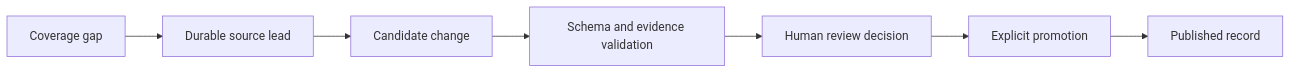
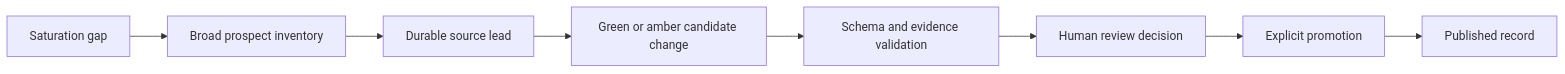
One commit to AndDavies/ecosystem_intelligence changed the diagram in context/governance/Research Agent Schema And Source Contract.md. Above: the diagram before and after it, drawn with Mermaid. The commit also changed other lines of this file and 104 other files, not shown here.

````diff
--- a/context/governance/Research Agent Schema And Source Contract.md
+++ b/context/governance/Research Agent Schema And Source Contract.md
@@ -14,9 +14,10 @@
 ```mermaid
 flowchart LR
-  A["Coverage gap"] --> B["Durable source lead"]
-  B --> C["Candidate change"]
+  A["Saturation gap"] --> P["Broad prospect inventory"]
+  P --> B["Durable source lead"]
+  B --> C["Green or amber candidate change"]
   C --> D["Schema and evidence validation"]
   D --> E["Human review decision"]
   E --> F["Explicit promotion"]
   F --> G["Published record"]
 ```
````
